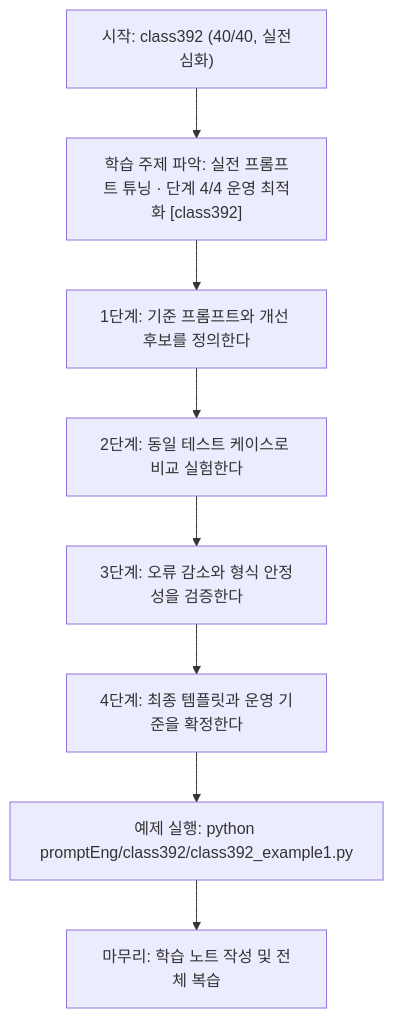
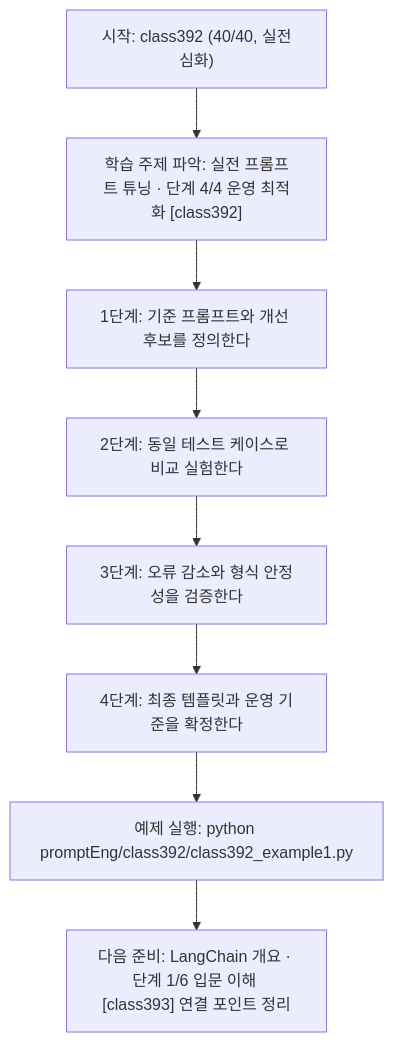
One commit to edumgt/Python-AI_Agent-Class changed the diagram in promptEng/class392/class392.md. Above: the diagram before and after it, drawn with Mermaid. The commit also changed other lines of this file and 1409 other files, not shown here.

````diff
--- a/promptEng/class392/class392.md
+++ b/promptEng/class392/class392.md
@@ -91,18 +91,18 @@
 ```mermaid
 flowchart TD
 N1["시작: class392 (40/40, 실전심화)"]
 N2["학습 주제 파악: 실전 프롬프트 튜닝 · 단계 4/4 운영 최적화 [class392]"]
 N3["1단계: 기준 프롬프트와 개선 후보를 정의한다"]
 N4["2단계: 동일 테스트 케이스로 비교 실험한다"]
 N5["3단계: 오류 감소와 형식 안정성을 검증한다"]
 N6["4단계: 최종 템플릿과 운영 기준을 확정한다"]
 N7["예제 실행: python promptEng/class392/class392_example1.py"]
-N8["마무리: 학습 노트 작성 및 전체 복습"]
+N8["다음 준비: LangChain 개요 · 단계 1/6 입문 이해 [class393] 연결 포인트 정리"]
 N1 --> N2
 N2 --> N3
 N3 --> N4
 N4 --> N5
 N5 --> N6
 N6 --> N7
 N7 --> N8
 ```
````
